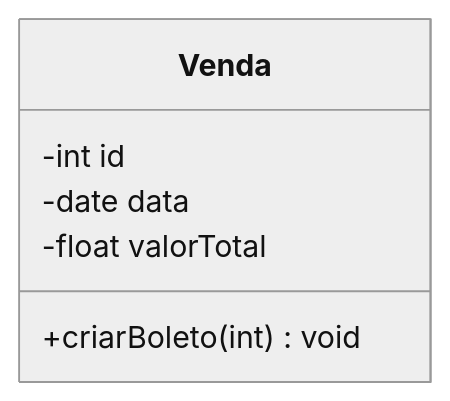
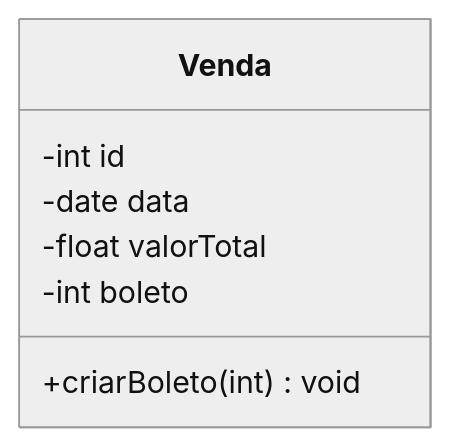
The diagram in venda.md (gabrielriosdias/poojavaceub-grupo2), drawn with Mermaid (neutral theme) before and after one commit.

````diff
--- a/venda.md
+++ b/venda.md
@@ -1,9 +1,10 @@
 ```mermaid
 classDiagram
  class Venda {
         -int id
         -date data
         -float valorTotal
+        -int boleto
         +criarBoleto (int) void
  }
 ```
````
